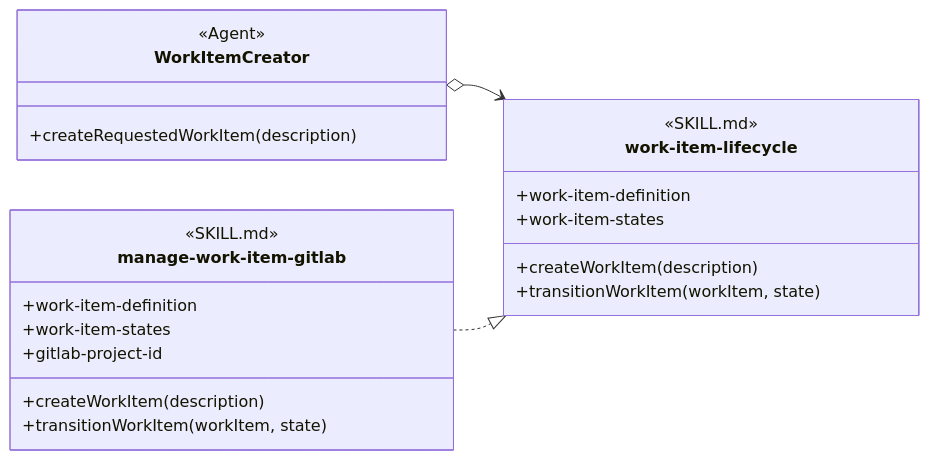
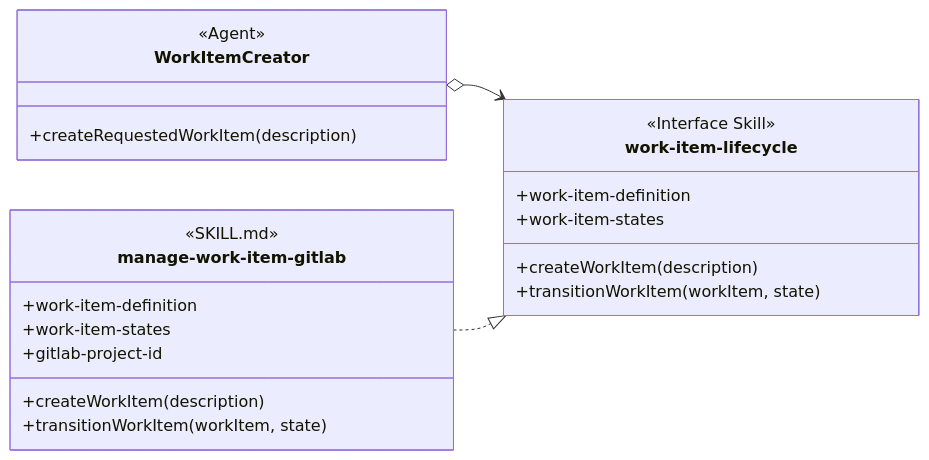
Diagram 11 of 14 in design/object-oriented-agent-and-skill-model.md (martinbechard/dev-methodology), drawn with Mermaid before and after one commit. The commit also changed other lines of this file and 2 other files, not shown here.

Commit message:
docs: show Interface Skill consumer

````diff
--- a/design/object-oriented-agent-and-skill-model.md
+++ b/design/object-oriented-agent-and-skill-model.md
@@ -510,31 +515,30 @@
 ```mermaid
 classDiagram
     direction LR
 
     class WorkItemCreator {
         <<Agent>>
         +createRequestedWorkItem(description)
     }
 
     class work-item-lifecycle {
-        <<SKILL.md>>
         <<Interface Skill>>
         +work-item-definition
         +work-item-states
         +createWorkItem(description)
         +transitionWorkItem(workItem, state)
     }
 
     class manage-work-item-gitlab {
         <<SKILL.md>>
         <<Implementation Skill>>
         +work-item-definition
         +work-item-states
         +gitlab-project-id
         +createWorkItem(description)
         +transitionWorkItem(workItem, state)
     }
 
     WorkItemCreator o--> work-item-lifecycle
     manage-work-item-gitlab ..|> work-item-lifecycle
 ```
````
